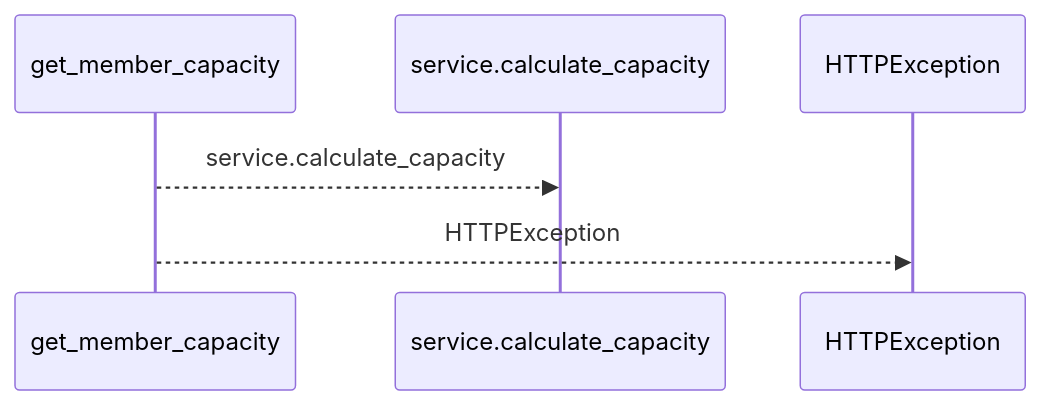
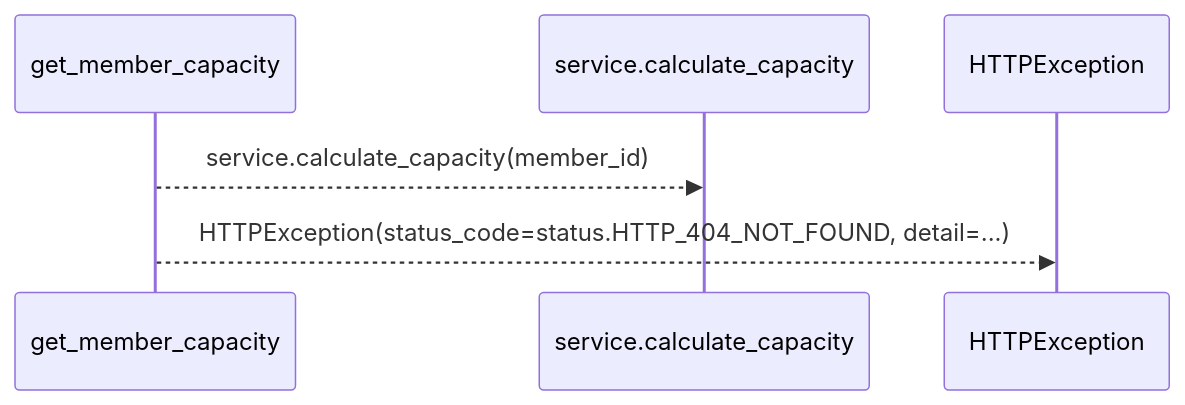
Before and after one commit to Denissvgn/WorkChord: the first of 2 diagrams in docs/llm_wiki/flows/http-get_member_capacity.md, drawn with Mermaid. The commit also changed other lines of this file and 25171 other files, not shown here.

````diff
--- a/docs/llm_wiki/flows/http-get_member_capacity.md
+++ b/docs/llm_wiki/flows/http-get_member_capacity.md
@@ -10,8 +12,8 @@
 ```mermaid
 sequenceDiagram
     participant p0 as get_member_capacity
     participant p1 as service.calculate_capacity
     participant p2 as HTTPException
-    p0-->>p1: service.calculate_capacity
-    p0-->>p2: HTTPException
+    p0-->>p1: service.calculate_capacity(member_id)
+    p0-->>p2: HTTPException(status_code=status.HTTP_404_NOT_FOUND, detail=...)
 ```
````
